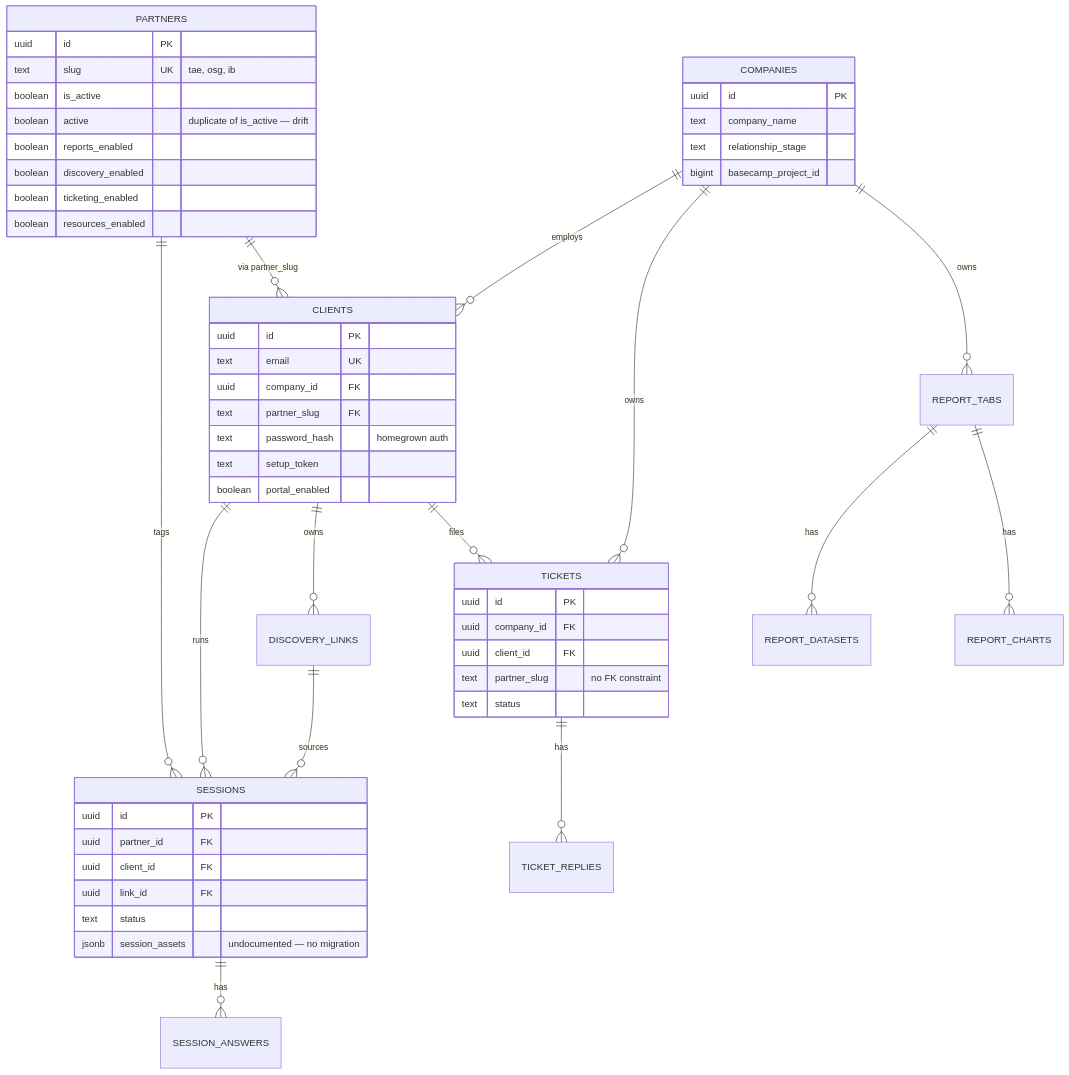
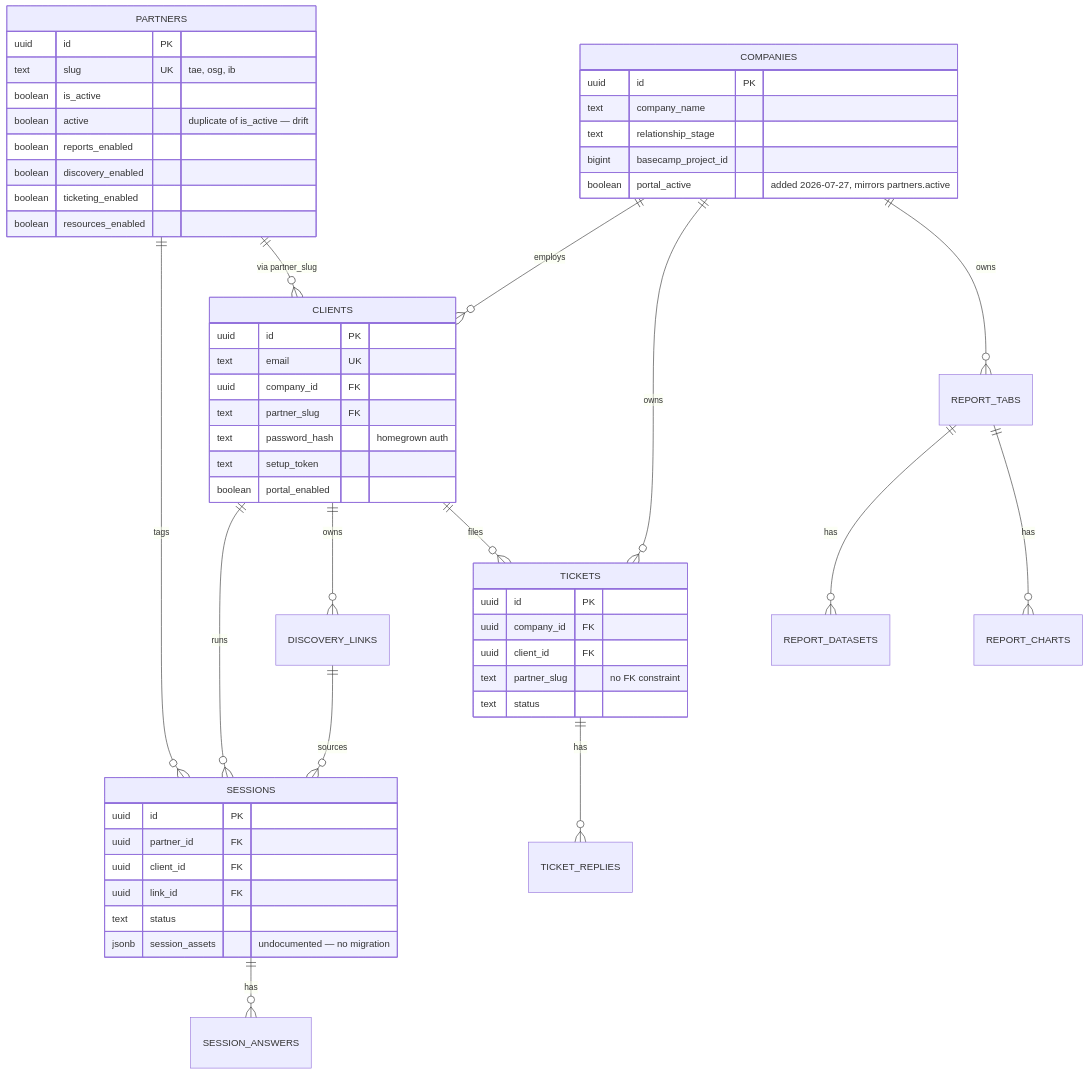
The second of 2 diagrams in TAE_Supabase_Database_Audit.md (taemarketing/tae-docs), drawn with Mermaid before and after one commit. The commit also changed other lines of this file and 1 other file, not shown here.

First line of the commit message:
Log this session's schema changes and a real RLS gap found and fixed

````diff
--- a/TAE_Supabase_Database_Audit.md
+++ b/TAE_Supabase_Database_Audit.md
@@ -108,57 +114,58 @@
 ```mermaid
 erDiagram
     PARTNERS ||--o{ SESSIONS : "tags"
     PARTNERS ||--o{ CLIENTS : "via partner_slug"
     COMPANIES ||--o{ CLIENTS : "employs"
     COMPANIES ||--o{ TICKETS : "owns"
     COMPANIES ||--o{ REPORT_TABS : "owns"
     CLIENTS ||--o{ SESSIONS : "runs"
     CLIENTS ||--o{ DISCOVERY_LINKS : "owns"
     CLIENTS ||--o{ TICKETS : "files"
     DISCOVERY_LINKS ||--o{ SESSIONS : "sources"
     SESSIONS ||--o{ SESSION_ANSWERS : "has"
     REPORT_TABS ||--o{ REPORT_DATASETS : "has"
     REPORT_TABS ||--o{ REPORT_CHARTS : "has"
     TICKETS ||--o{ TICKET_REPLIES : "has"
 
     PARTNERS {
         uuid id PK
         text slug UK "tae, osg, ib"
         boolean is_active
         boolean active "duplicate of is_active — drift"
         boolean reports_enabled
         boolean discovery_enabled
         boolean ticketing_enabled
         boolean resources_enabled
     }
     COMPANIES {
         uuid id PK
         text company_name
         text relationship_stage
         bigint basecamp_project_id
+        boolean portal_active "added 2026-07-27, mirrors partners.active"
     }
     CLIENTS {
         uuid id PK
         text email UK
         uuid company_id FK
         text partner_slug FK
         text password_hash "homegrown auth"
         text setup_token
         boolean portal_enabled
     }
     SESSIONS {
         uuid id PK
         uuid partner_id FK
         uuid client_id FK
         uuid link_id FK
         text status
         jsonb session_assets "undocumented — no migration"
     }
     TICKETS {
         uuid id PK
         uuid company_id FK
         uuid client_id FK
         text partner_slug "no FK constraint"
         text status
     }
 ```
````
